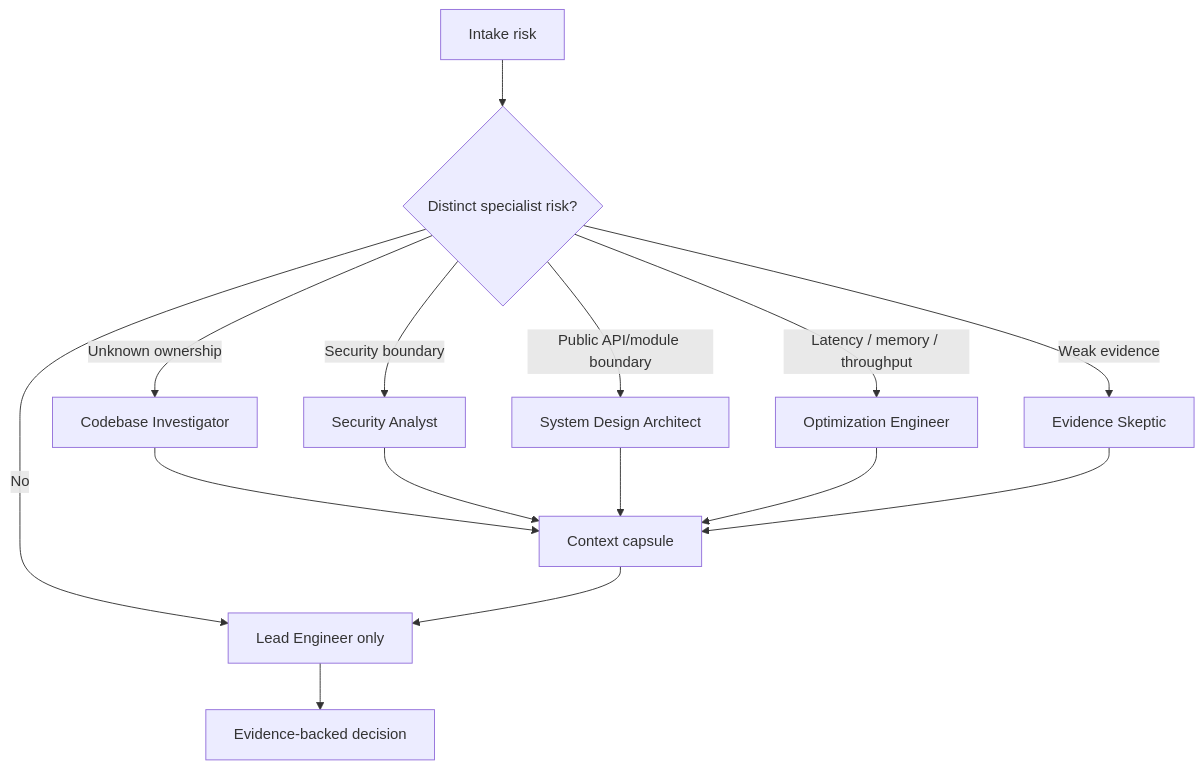
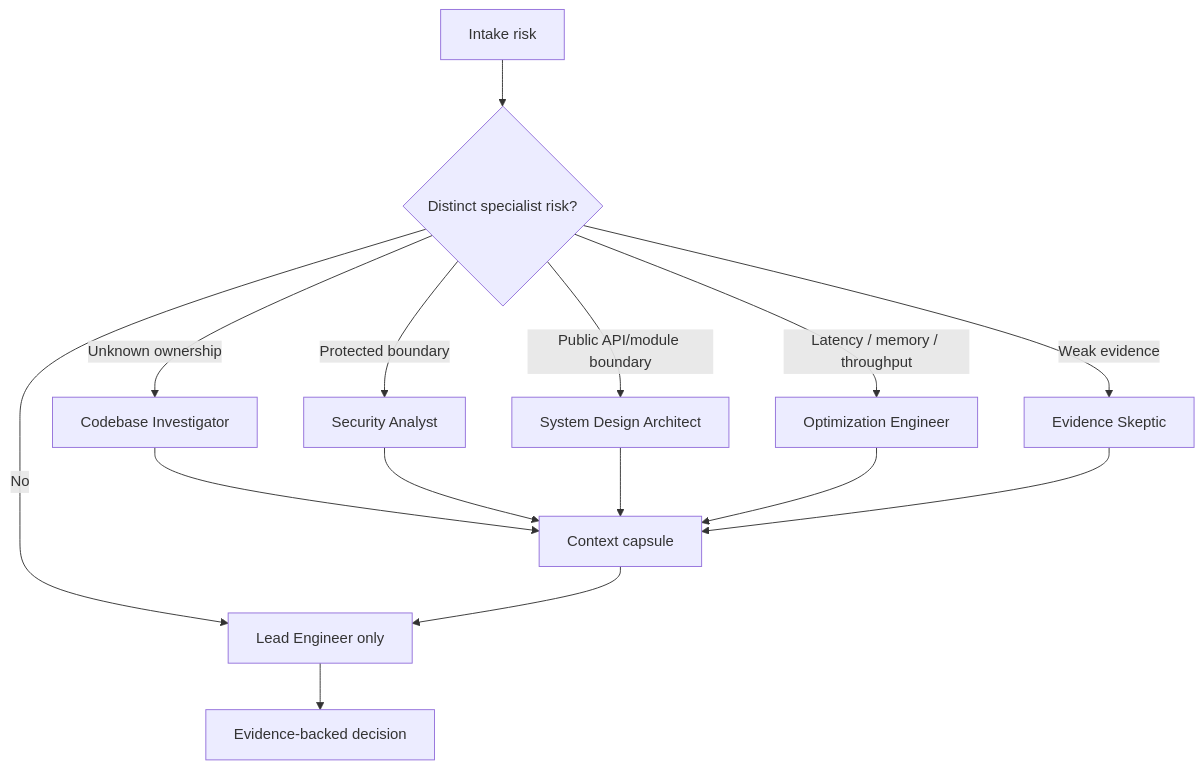
One commit to daeon/EngineeringTeam changed the second of 2 diagrams in README.md. Above: the diagram before and after it, drawn with Mermaid. The commit also changed other lines of this file, not shown here.

````diff
--- a/README.md
+++ b/README.md
@@ -151,19 +159,19 @@
 ```mermaid
 flowchart TD
     risk[Intake risk] --> route{Distinct specialist risk?}
 
     route -->|Unknown ownership| investigator[Codebase Investigator]
-    route -->|Security boundary| security[Security Analyst]
+    route -->|Protected boundary| security[Security Analyst]
     route -->|Public API/module boundary| architect[System Design Architect]
     route -->|Latency / memory / throughput| perf[Optimization Engineer]
     route -->|Weak evidence| skeptic[Evidence Skeptic]
     route -->|No| lead[Lead Engineer only]
 
     investigator --> capsule[Context capsule]
     security --> capsule
     architect --> capsule
     perf --> capsule
     skeptic --> capsule
     capsule --> lead
     lead --> decision[Evidence-backed decision]
 ```
````
